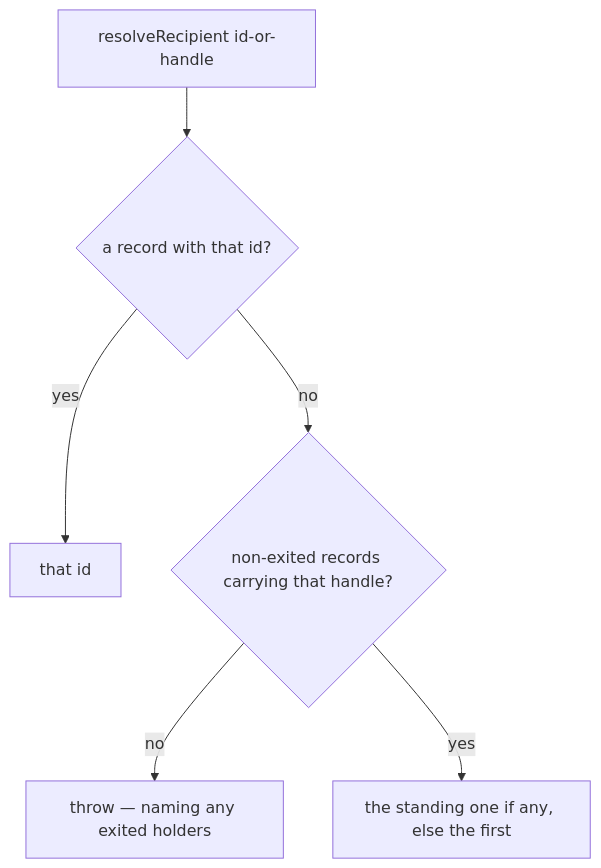
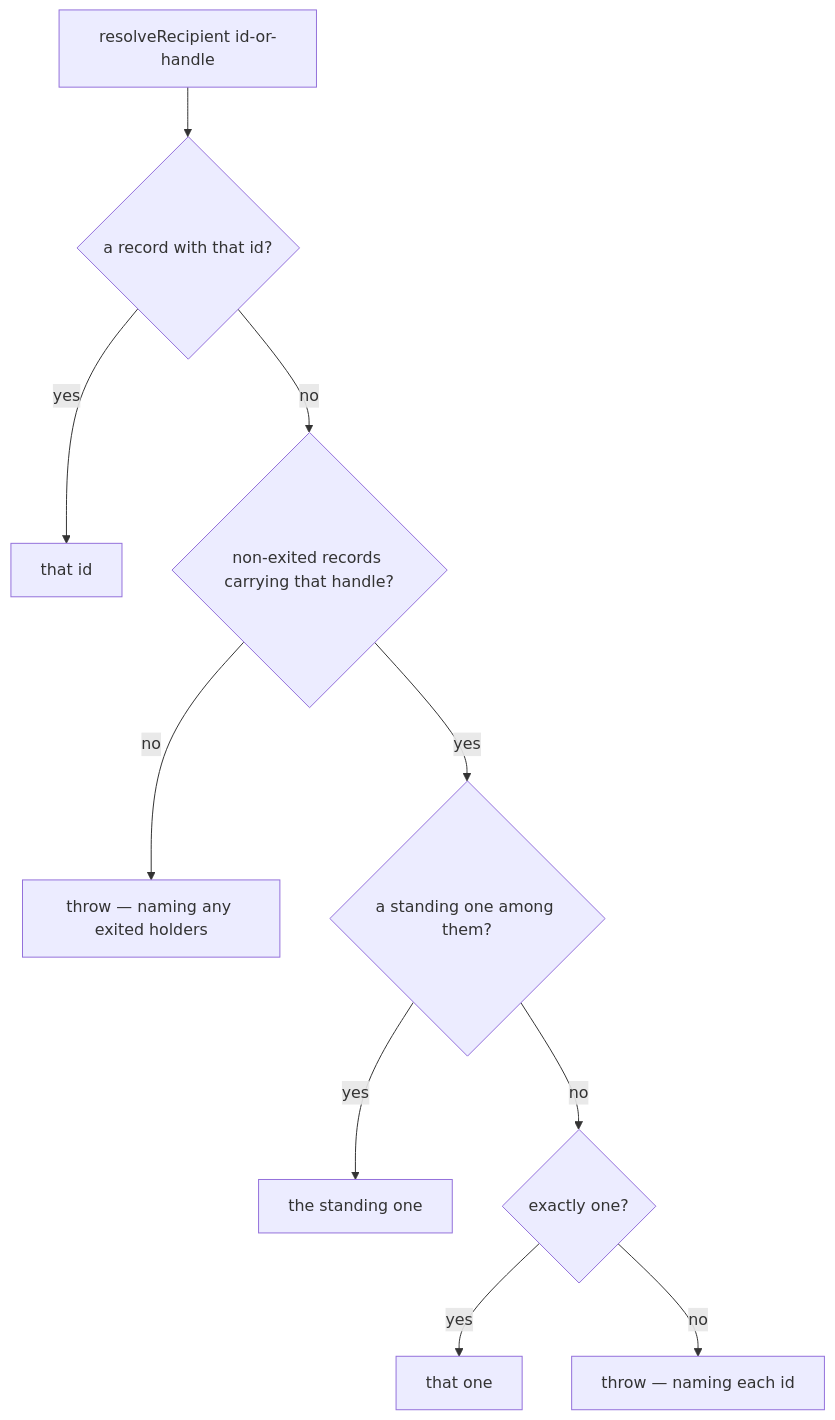
Diagram 12 of 13 in packages/cyberlegion/.agents/spec/unit/registry/README.md (cyberuni/cyberlegion), drawn with Mermaid before and after one commit. The commit also changed other lines of this file and 8 other files, not shown here.

````diff
--- a/packages/cyberlegion/.agents/spec/unit/registry/README.md
+++ b/packages/cyberlegion/.agents/spec/unit/registry/README.md
@@ -540,8 +544,12 @@
 ```mermaid
 graph TD
   RR0["resolveRecipient id-or-handle"] --> RR1{"a record with that id?"}
   RR1 -- yes --> RR1Y["that id"]
   RR1 -- no --> RR2{"non-exited records carrying that handle?"}
   RR2 -- no --> RR2X["throw — naming any exited holders"]
-  RR2 -- yes --> RR3["the standing one if any, else the first"]
+  RR2 -- yes --> RR3{"a standing one among them?"}
+  RR3 -- yes --> RR3Y["the standing one"]
+  RR3 -- no --> RR4{"exactly one?"}
+  RR4 -- yes --> RR4Y["that one"]
+  RR4 -- no --> RR4X["throw — naming each id"]
 ```
````
